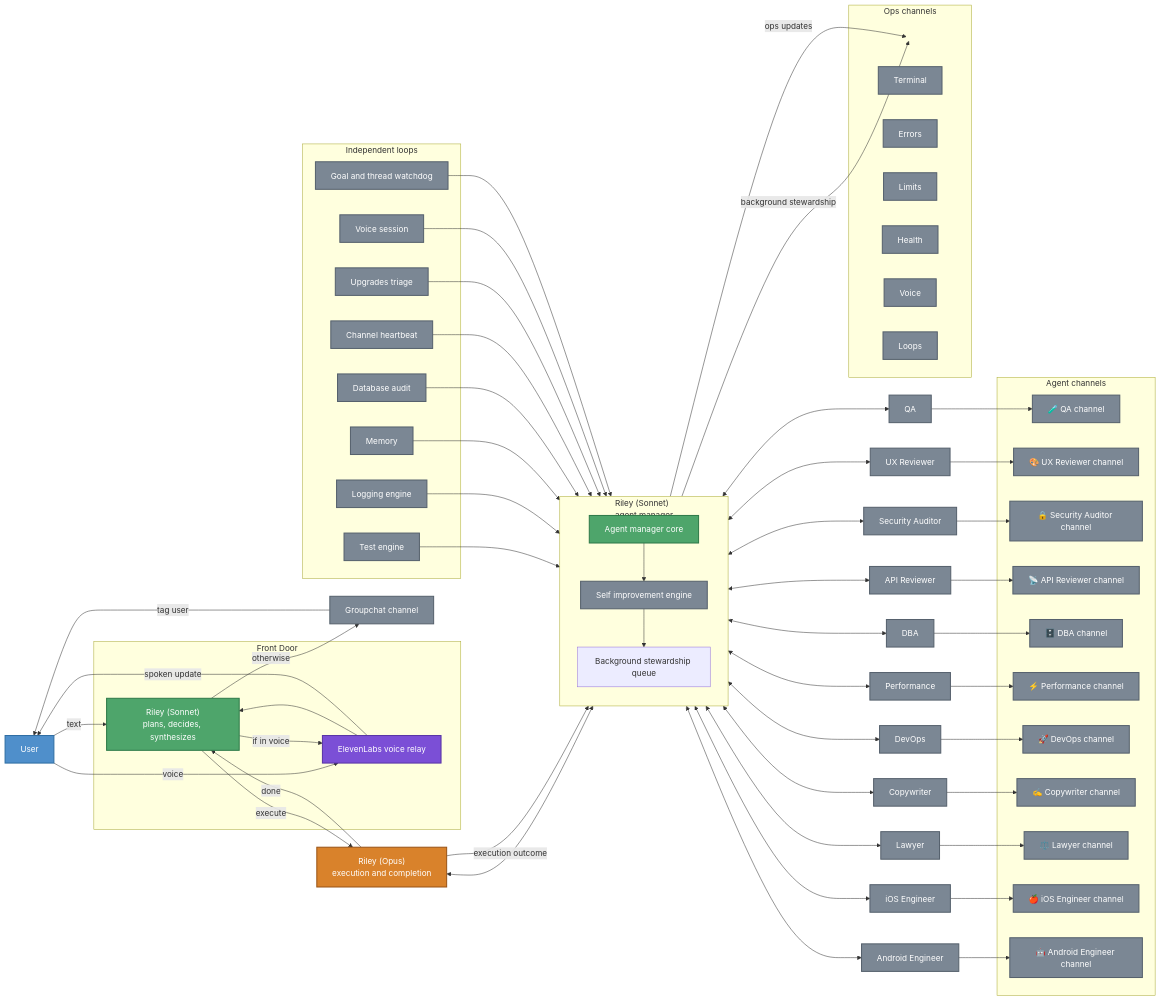
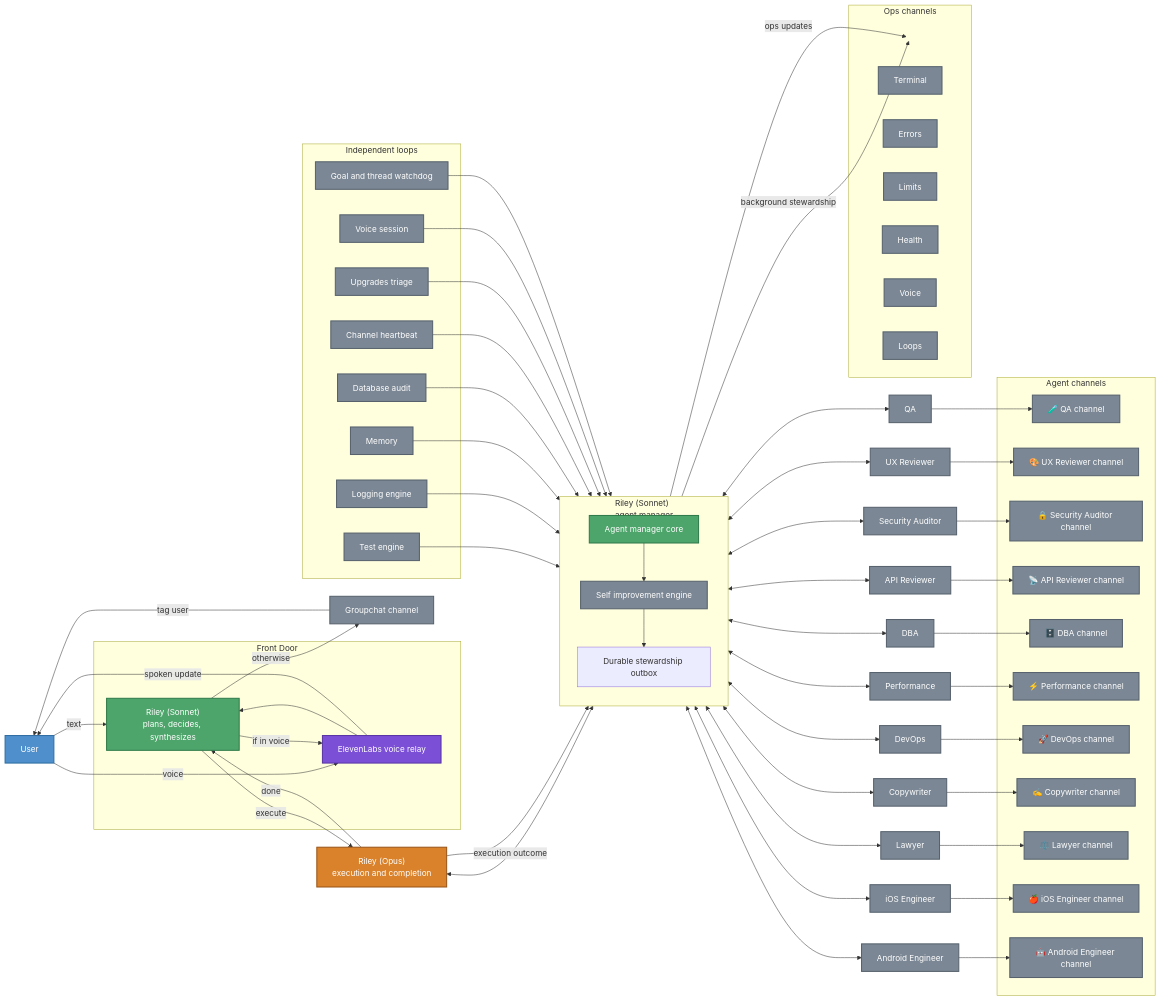
Before and after one commit to jflessenkemper/ASAP-discord: the diagram in README.md, drawn with Mermaid. The commit also changed other lines of this file and 9 other files, not shown here.

```diff
--- a/README.md
+++ b/README.md
@@ -56,7 +56,7 @@
         direction TB
         AgentManagerCore[Agent manager core]
         SelfImproveEngine[Self improvement engine]
-        StewardQueue[Background stewardship queue]
+        StewardQueue[Durable stewardship outbox]
         AgentManagerCore --> SelfImproveEngine
         SelfImproveEngine --> StewardQueue
     end
```
